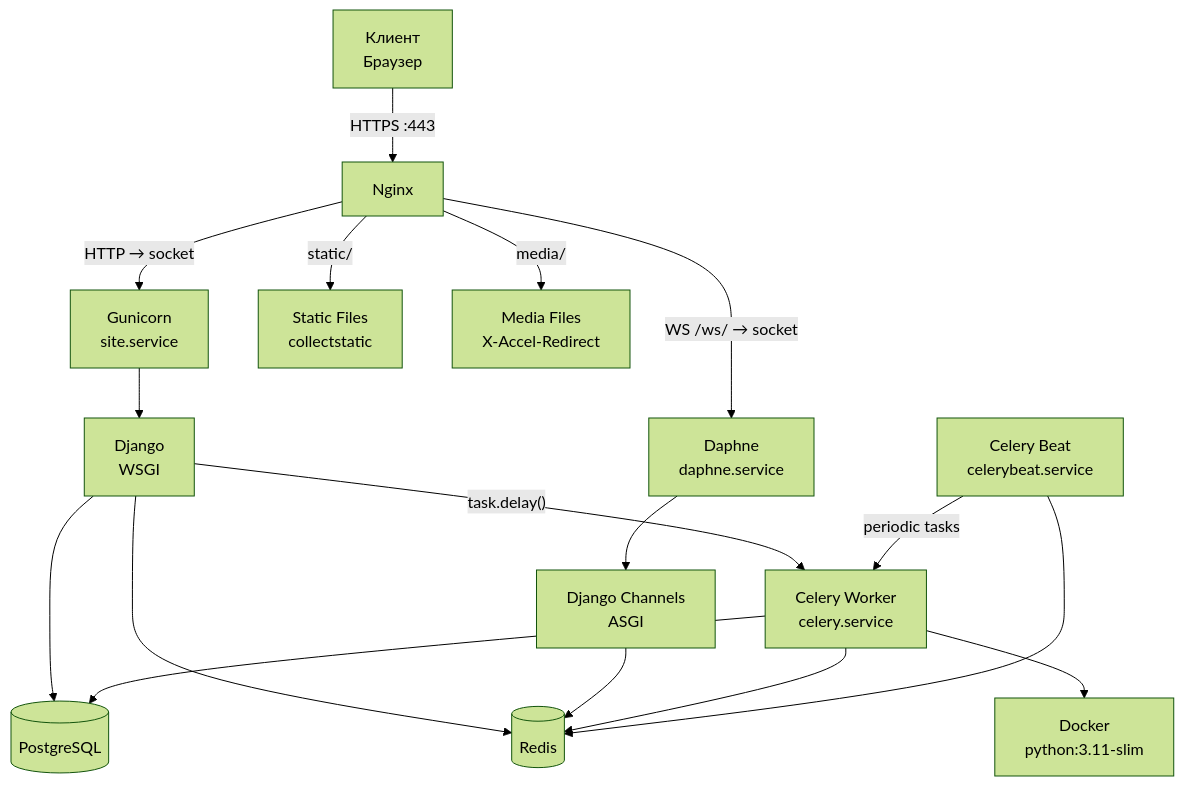
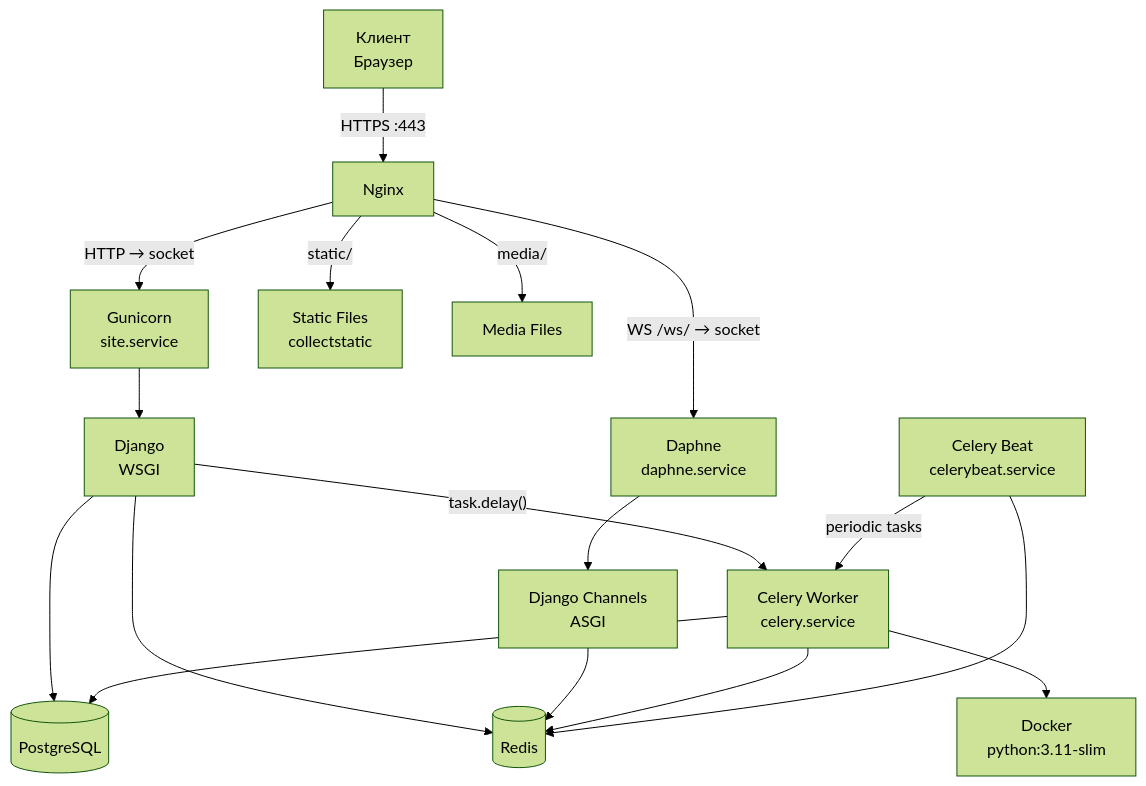
One commit to Kirill2517nv/SiteAboutMe changed the diagram in docs/infra/server.md. Above: the diagram before and after it, drawn with Mermaid (forest theme). The commit also changed other lines of this file and 79 other files, not shown here.

````diff
--- a/docs/infra/server.md
+++ b/docs/infra/server.md
@@ -5,24 +5,24 @@
 ```mermaid
 graph TB
     CLIENT[Клиент\nБраузер] -->|"HTTPS :443"| NGINX[Nginx]
 
     NGINX -->|"HTTP → socket"| GUNICORN[Gunicorn\nsite.service]
     NGINX -->|"WS /ws/ → socket"| DAPHNE[Daphne\ndaphne.service]
     NGINX -->|"static/"| STATIC[Static Files\ncollectstatic]
-    NGINX -->|"media/"| MEDIA[Media Files\nX-Accel-Redirect]
+    NGINX -->|"media/"| MEDIA[Media Files]
 
     GUNICORN --> DJANGO[Django\nWSGI]
     DAPHNE --> CHANNELS[Django Channels\nASGI]
 
     DJANGO --> DB[(PostgreSQL)]
     DJANGO --> REDIS[(Redis)]
     CHANNELS --> REDIS
 
     DJANGO -->|"task.delay()"| CELERY[Celery Worker\ncelery.service]
     CELERY --> REDIS
     CELERY --> DB
     CELERY --> DOCKER[Docker\npython:3.11-slim]
 
     BEAT[Celery Beat\ncelerybeat.service] -->|"periodic tasks"| CELERY
     BEAT --> REDIS
 ```
````
